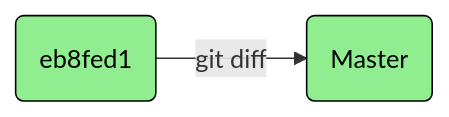
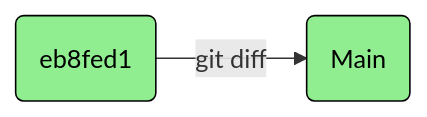
One commit to umr-marbec/git-training changed diagram 14 of 14 in slides-git-quarto/slides-training.qmd. Above: the diagram before and after it, drawn with Mermaid. The commit also changed other lines of this file, not shown here.

````diff
--- a/slides-git-quarto/slides-training.qmd
+++ b/slides-git-quarto/slides-training.qmd
@@ -424,12 +414,12 @@
 ```{mermaid}
 %%| fig-width: 10.5
 %%| fig-height: 1
 flowchart LR  
-  id1(eb8fed1)-->|git diff| id2(Master)
+  id1(eb8fed1)-->|git diff| id2(Main)
 classDef workspace fill:lightgray,stroke:black,color:black
 classDef index fill:lightblue,stroke:black,color:black
 classDef local fill:lightgreen,stroke:black,color:black
 classDef remote fill:yellow,stroke:black,color:black
 
 class id1,id2 local;
 ```
````
